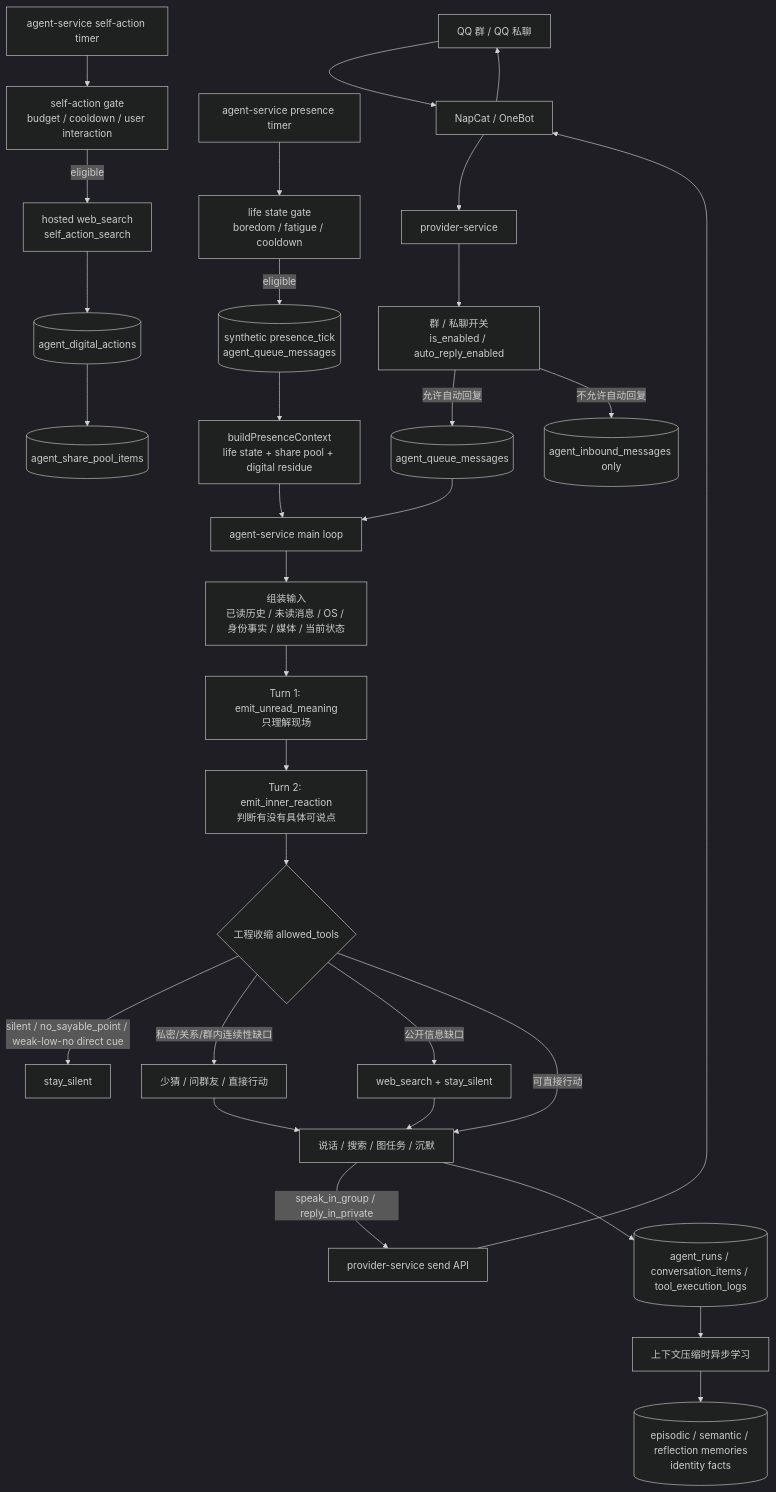
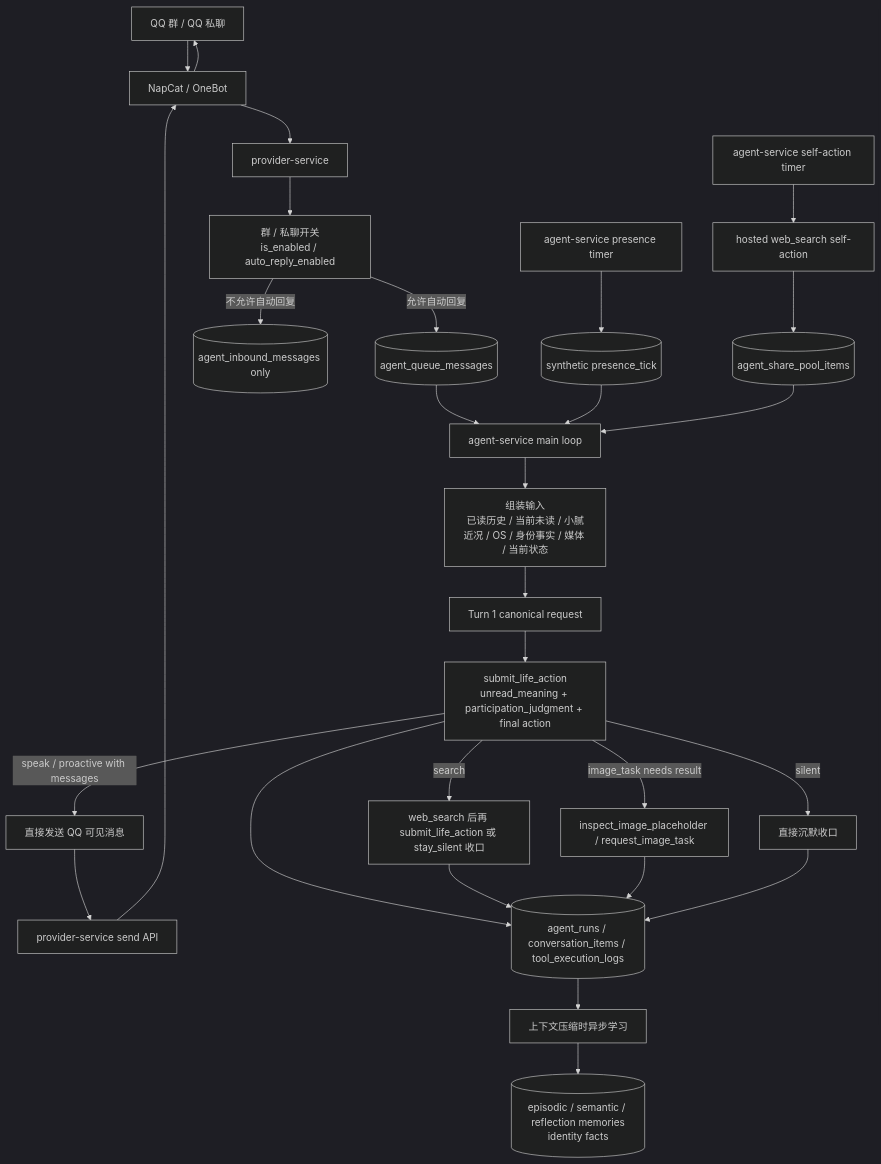
Before and after one commit to Hei-AI/xiaoni_cc: the first of 3 diagrams in docs/XIAONI_SPEAKING_FLOW.md, drawn with Mermaid (dark theme). The commit also changed other lines of this file and 8 other files, not shown here.

Commit message:
docs(agent): document single-turn loop and memory continuity

````diff
--- a/docs/XIAONI_SPEAKING_FLOW.md
+++ b/docs/XIAONI_SPEAKING_FLOW.md
@@ -13,37 +13,35 @@
 ```mermaid
 flowchart TD
   QQ[QQ 群 / QQ 私聊] --> NapCat[NapCat / OneBot]
   NapCat --> Provider[provider-service]
 
   Provider --> Policy[群 / 私聊开关<br/>is_enabled / auto_reply_enabled]
   Policy -->|允许自动回复| Queue[(agent_queue_messages)]
   Policy -->|不允许自动回复| InboxOnly[(agent_inbound_messages only)]
 
-  AgentTimer[agent-service presence timer] --> LifeGate[life state gate<br/>boredom / fatigue / cooldown]
-  LifeGate -->|eligible| PresenceQueue[(synthetic presence_tick<br/>agent_queue_messages)]
-  SelfActionTimer[agent-service self-action timer] --> SelfGate[self-action gate<br/>budget / cooldown / user interaction]
-  SelfGate -->|eligible| SelfSearch[hosted web_search<br/>self_action_search]
-  SelfSearch --> DigitalActions[(agent_digital_actions)]
-  DigitalActions --> SharePool[(agent_share_pool_items)]
+  Queue --> Loop[agent-service main loop]
+  Loop --> Context[组装输入<br/>已读历史 / 当前未读 / 小腻近况 / OS / 身份事实 / 媒体 / 当前状态]
+  Context --> Request[Turn 1 canonical request]
+  Request --> LifeAction[submit_life_action<br/>unread_meaning + participation_judgment + final action]
 
-  Queue --> Loop[agent-service main loop]
-  PresenceQueue --> PresenceCtx[buildPresenceContext<br/>life state + share pool + digital residue]
-  PresenceCtx --> Loop
+  LifeAction -->|speak / proactive with messages| Send[直接发送 QQ 可见消息]
+  LifeAction -->|silent| Silent[直接沉默收口]
+  LifeAction -->|search| Search[web_search 后再 submit_life_action 或 stay_silent 收口]
+  LifeAction -->|image_task needs result| ImageTools[inspect_image_placeholder / request_image_task]
 
-  Loop --> Context[组装输入<br/>已读历史 / 未读消息 / OS / 身份事实 / 媒体 / 当前状态]
-  Context --> U1[Turn 1: emit_unread_meaning<br/>只理解现场]
-  U1 --> U2[Turn 2: emit_inner_reaction<br/>判断有没有具体可说点]
-  U2 --> Gate{工程收缩 allowed_tools}
-  Gate -->|silent / no_sayable_point / weak-low-no direct cue| Silent[stay_silent]
-  Gate -->|私密/关系/群内连续性缺口| AskOrAct[少猜 / 问群友 / 直接行动]
-  Gate -->|公开信息缺口| Search[web_search + stay_silent]
-  AskOrAct --> Action[说话 / 搜索 / 图任务 / 沉默]
-  Search --> Action
-  Gate -->|可直接行动| Action
-  Action -->|speak_in_group / reply_in_private| ProviderSend[provider-service send API]
+  Send --> ProviderSend[provider-service send API]
   ProviderSend --> NapCat --> QQ
 
-  Action --> Record[(agent_runs / conversation_items / tool_execution_logs)]
+  LifeAction --> Record[(agent_runs / conversation_items / tool_execution_logs)]
+  Search --> Record
+  ImageTools --> Record
+  Silent --> Record
   Record --> Learn[上下文压缩时异步学习]
   Learn --> Memory[(episodic / semantic / reflection memories<br/>identity facts)]
+
+  AgentTimer[agent-service presence timer] --> PresenceQueue[(synthetic presence_tick)]
+  PresenceQueue --> Loop
+  SelfActionTimer[agent-service self-action timer] --> SelfSearch[hosted web_search self-action]
+  SelfSearch --> SharePool[(agent_share_pool_items)]
+  SharePool --> Loop
 ```
````
